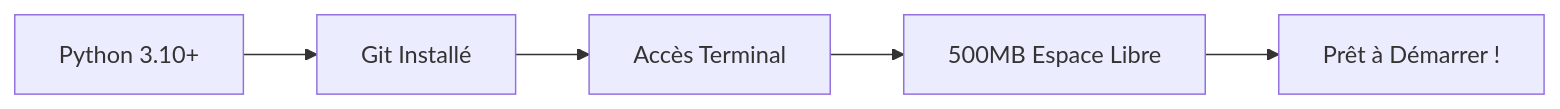
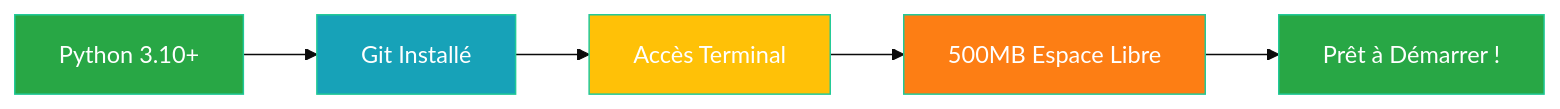
Before and after one commit to arkalia-luna-system/ia-pipeline: the second of 9 diagrams in docs/USER_GUIDES/QUICK_START.md, drawn with Mermaid. The commit also changed other lines of this file and 8 other files, not shown here.

````diff
--- a/docs/USER_GUIDES/QUICK_START.md
+++ b/docs/USER_GUIDES/QUICK_START.md
@@ -28,7 +77,14 @@
 ```mermaid
-graph LR
+%%{init: {'theme':'base', 'themeVariables': { 'primaryColor': '#28a745', 'primaryTextColor': '#fff', 'primaryBorderColor': '#20c997'}}}%%
+flowchart LR
     A[Python 3.10+] --> B[Git Installé]
     B --> C[Accès Terminal]
     C --> D[500MB Espace Libre]
     D --> E[Prêt à Démarrer !]
+    
+    style A fill:#28a745
+    style E fill:#28a745
+    style B fill:#17a2b8
+    style C fill:#ffc107
+    style D fill:#fd7e14
 ```
````
